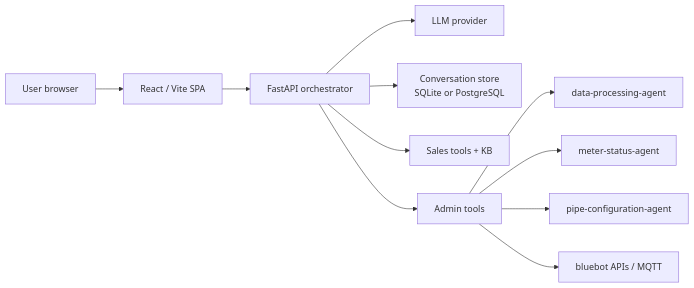
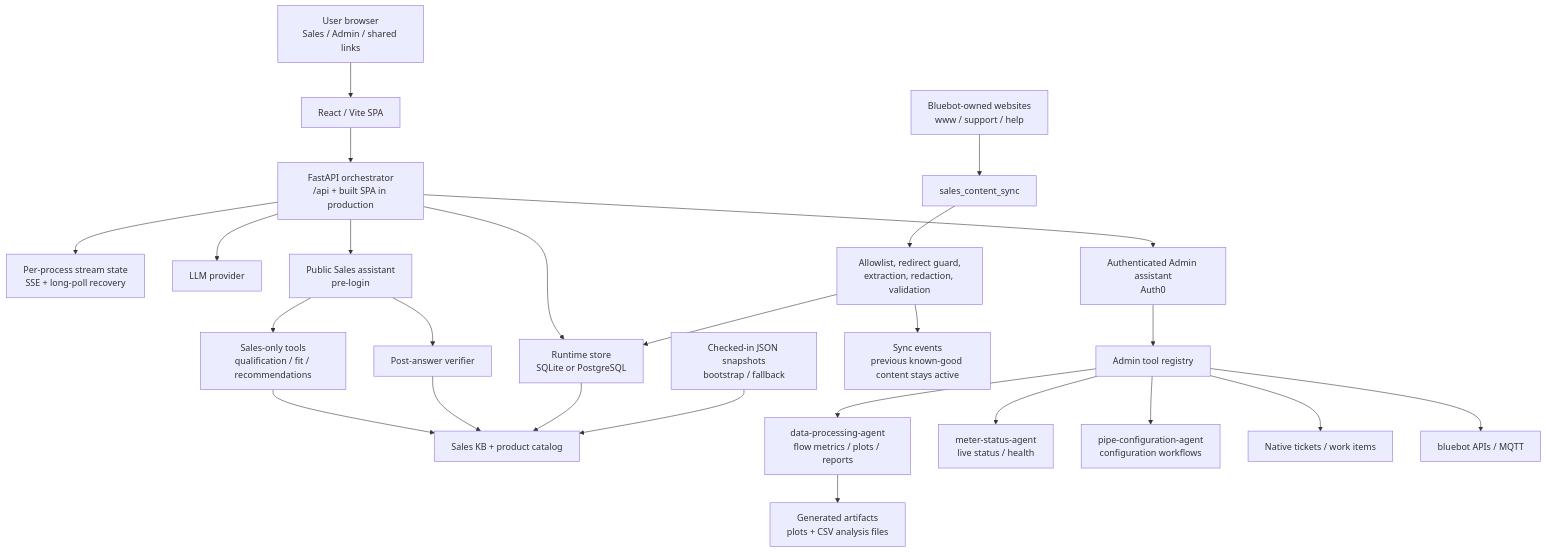
Before and after one commit to MichaelXiaoKun/meter-agent: the diagram in README.md, drawn with Mermaid. The commit also changed other lines of this file, not shown here.

Commit message:
docs: update architecture overview

````diff
--- a/README.md
+++ b/README.md
@@ -63,13 +67,31 @@
 ```mermaid
-flowchart LR
-    User["User browser"] --> UI["React / Vite SPA"]
-    UI --> API["FastAPI orchestrator"]
+flowchart TD
+    Browser["User browser<br>Sales / Admin / shared links"] --> UI["React / Vite SPA"]
+    UI --> API["FastAPI orchestrator<br>/api + built SPA in production"]
+
+    API --> Streams["Per-process stream state<br>SSE + long-poll recovery"]
+    API --> Store["Runtime store<br>SQLite or PostgreSQL"]
     API --> LLM["LLM provider"]
-    API --> Store["Conversation store<br>SQLite or PostgreSQL"]
-    API --> Sales["Sales tools + KB"]
-    API --> Admin["Admin tools"]
-    Admin --> Flow["data-processing-agent"]
-    Admin --> Status["meter-status-agent"]
-    Admin --> Pipe["pipe-configuration-agent"]
-    Admin --> Bluebot["bluebot APIs / MQTT"]
+
+    API --> SalesAgent["Public Sales assistant<br>pre-login"]
+    SalesAgent --> SalesTools["Sales-only tools<br>qualification / fit / recommendations"]
+    SalesAgent --> SalesVerifier["Post-answer verifier"]
+    SalesTools --> SalesKB["Sales KB + product catalog"]
+    SalesVerifier --> SalesKB
+    Store --> SalesKB
+    SalesSnapshots["Checked-in JSON snapshots<br>bootstrap / fallback"] --> SalesKB
+
+    BluebotSites["Bluebot-owned websites<br>www / support / help"] --> Sync["sales_content_sync"]
+    Sync --> SyncGuard["Allowlist, redirect guard,<br>extraction, redaction, validation"]
+    SyncGuard --> Store
+    SyncGuard --> SyncEvents["Sync events<br>previous known-good content stays active"]
+
+    API --> AdminAgent["Authenticated Admin assistant<br>Auth0"]
+    AdminAgent --> ToolRegistry["Admin tool registry"]
+    ToolRegistry --> Flow["data-processing-agent<br>flow metrics / plots / reports"]
+    ToolRegistry --> Status["meter-status-agent<br>live status / health"]
+    ToolRegistry --> Pipe["pipe-configuration-agent<br>configuration workflows"]
+    ToolRegistry --> Tickets["Native tickets / work items"]
+    ToolRegistry --> Bluebot["bluebot APIs / MQTT"]
+    Flow --> Artifacts["Generated artifacts<br>plots + CSV analysis files"]
 ```
````
